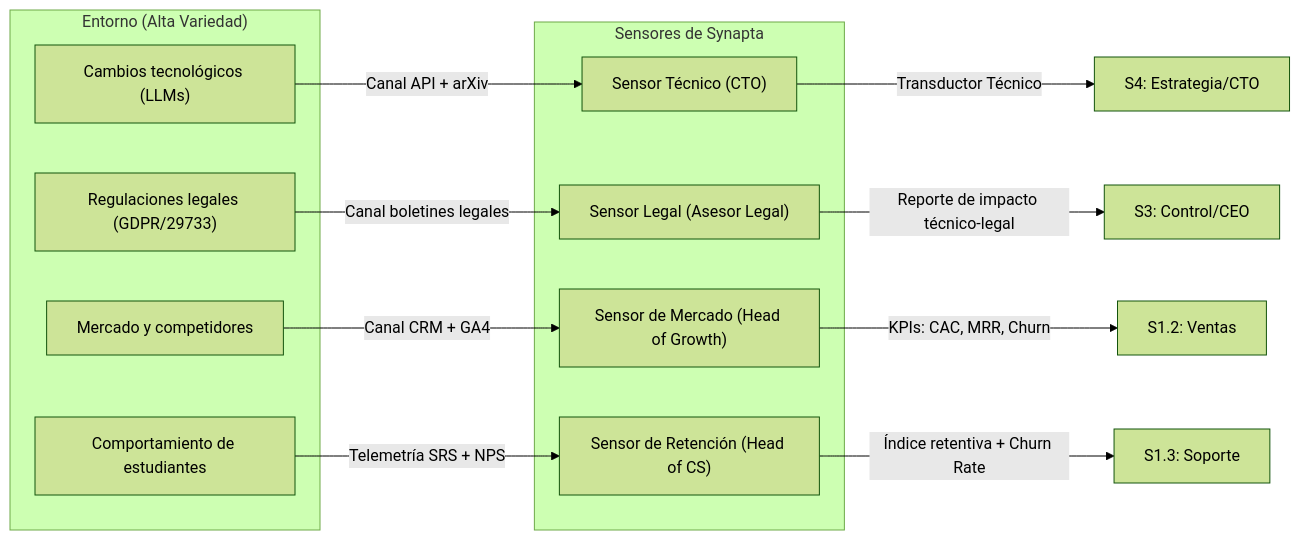
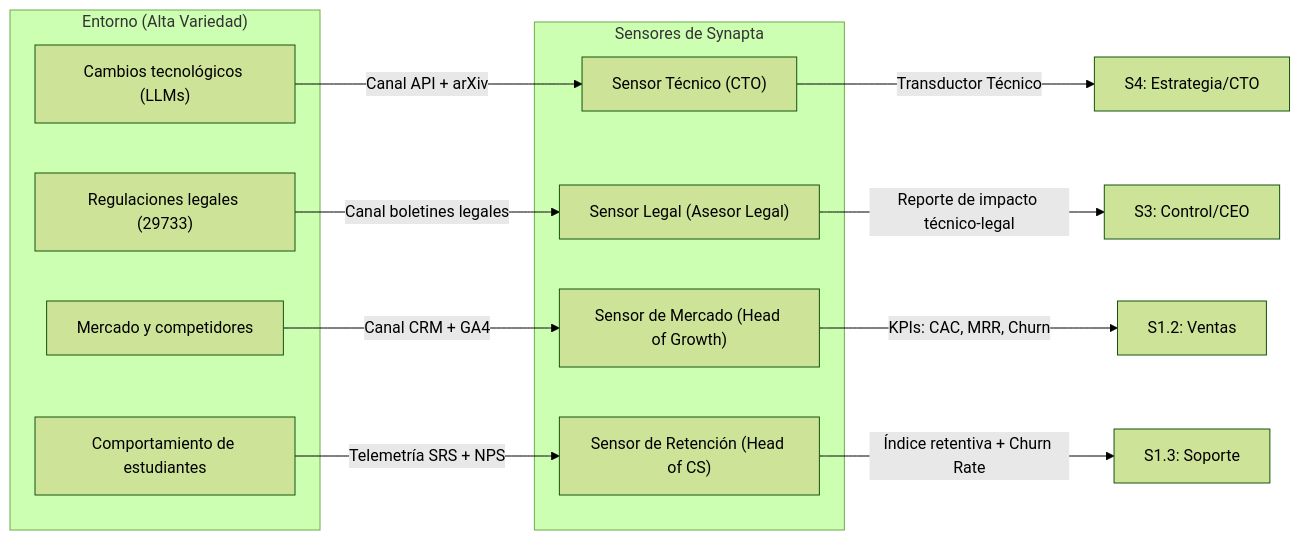
Before and after one commit to GonzaloRojasFIIS/Documentaci-n-YachaqAI: the diagram in diseno_organizacional_synapta/1_identidad_y_proposito.md, drawn with Mermaid (forest theme). The commit also changed other lines of this file and 3 other files, not shown here.

````diff
--- a/diseno_organizacional_synapta/1_identidad_y_proposito.md
+++ b/diseno_organizacional_synapta/1_identidad_y_proposito.md
@@ -88,26 +88,26 @@
 ```mermaid
 graph LR
     subgraph "Entorno (Alta Variedad)"
         E1["Cambios tecnológicos (LLMs)"]
-        E2["Regulaciones legales (GDPR/29733)"]
+        E2["Regulaciones legales (29733)"]
         E3["Mercado y competidores"]
         E4["Comportamiento de estudiantes"]
     end
 
     subgraph "Sensores de Synapta"
         S1["Sensor Técnico (CTO)"]
         S2["Sensor Legal (Asesor Legal)"]
         S3["Sensor de Mercado (Head of Growth)"]
         S4["Sensor de Retención (Head of CS)"]
     end
 
     E1 -->|Canal API + arXiv| S1
     E2 -->|Canal boletines legales| S2
     E3 -->|Canal CRM + GA4| S3
     E4 -->|Telemetría SRS + NPS| S4
 
     S1 -->|Transductor Técnico| Sys4["S4: Estrategia/CTO"]
     S2 -->|Reporte de impacto técnico-legal| Sys3["S3: Control/CEO"]
     S3 -->|KPIs: CAC, MRR, Churn| Sys12["S1.2: Ventas"]
     S4 -->|Índice retentiva + Churn Rate| Sys13["S1.3: Soporte"]
 ```
````
